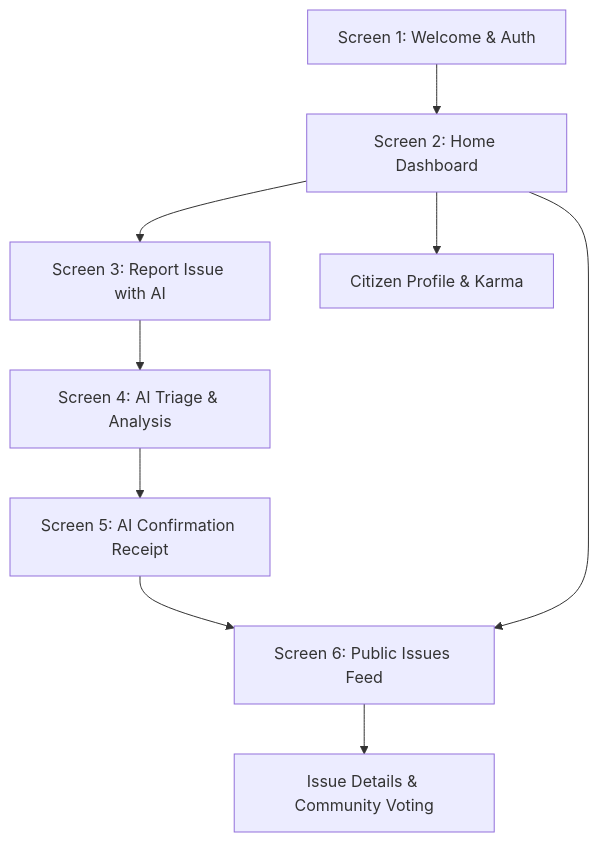
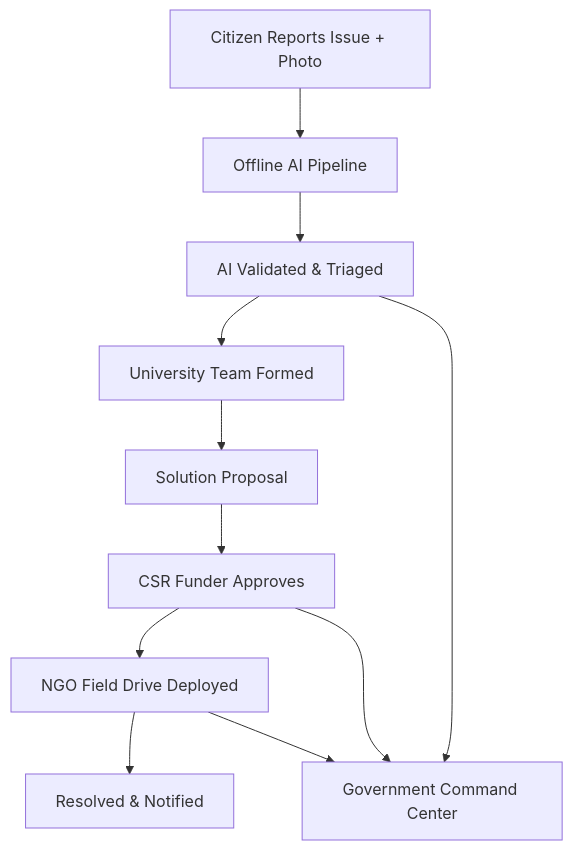
Before and after one commit to Dev-Harry-Code/Samadhan.ai-Prototype-: the diagram in README.md, drawn with Mermaid. The commit also changed other lines of this file and 70 other files, not shown here.

First line of the commit message:
feat: add university report mapping and notification polling

````diff
--- a/README.md
+++ b/README.md
@@ -76,11 +114,13 @@
 ```mermaid
 graph TD
-    A[Screen 1: Welcome & Auth] --> B[Screen 2: Home Dashboard]
-    B --> C[Screen 3: Report Issue with AI]
-    C --> D[Screen 4: AI Triage & Analysis]
-    D --> E[Screen 5: AI Confirmation Receipt]
-    E --> F[Screen 6: Public Issues Feed]
-    B --> F
-    F --> G[Issue Details & Community Voting]
-    B --> H[Citizen Profile & Karma]
+    A[Citizen Reports Issue + Photo] --> B[Offline AI Pipeline]
+    B --> C[AI Validated & Triaged]
+    C --> D[University Team Formed]
+    D --> E[Solution Proposal]
+    E --> F[CSR Funder Approves]
+    F --> G[NGO Field Drive Deployed]
+    G --> H[Resolved & Notified]
+    F --> I[Government Command Center]
+    C --> I
+    G --> I
 ```
````
